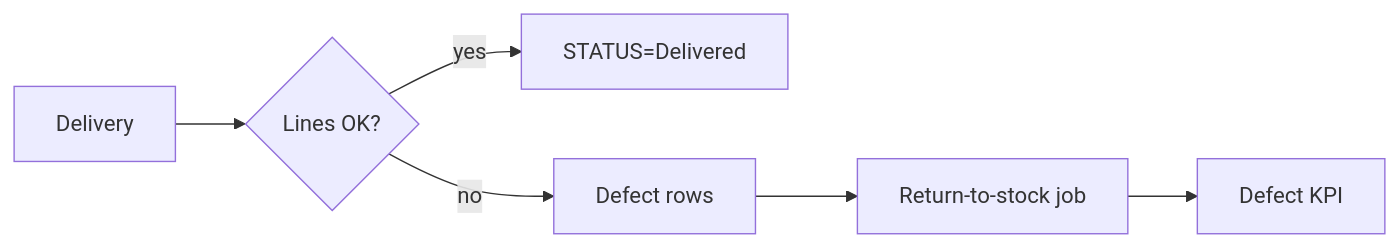
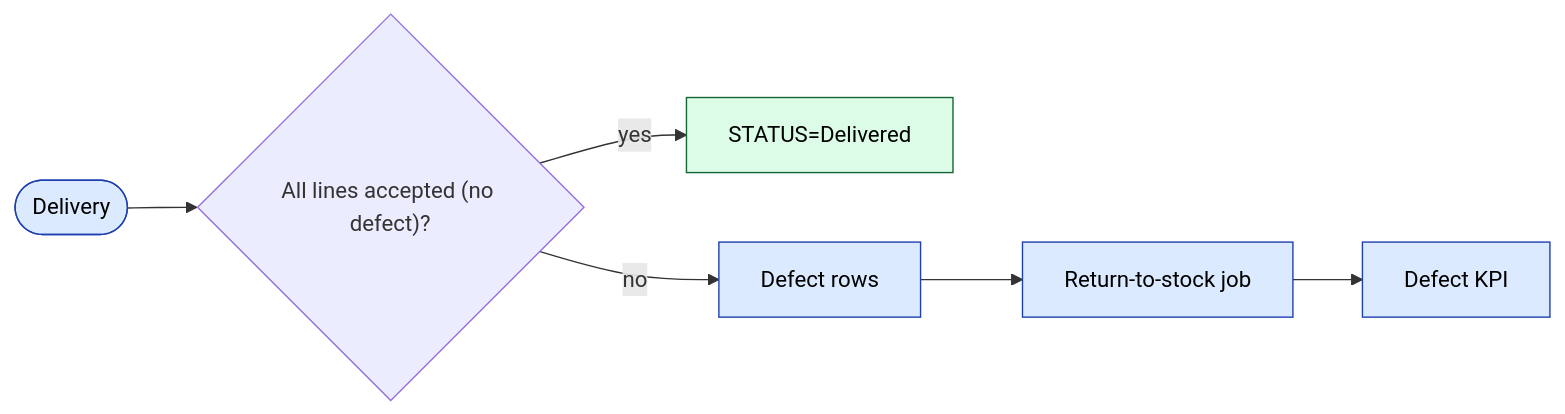
The diagram in docs/modules/stock.md (jamshidtulaganov/sd-doc), drawn with Mermaid before and after one commit. The commit also changed other lines of this file and 21 other files, not shown here.

````diff
--- a/docs/modules/stock.md
+++ b/docs/modules/stock.md
@@ -33,8 +58,16 @@
 ```mermaid
 flowchart LR
-  D[Delivery] --> CHK{Lines OK?}
-  CHK -->|yes| OK[STATUS=Delivered]
-  CHK -->|no| DEF[Defect rows]
-  DEF --> RTS[Return-to-stock job]
-  RTS --> RPT[Defect KPI]
+  D(["Delivery"]) --> CHK{"All lines accepted (no defect)?"}
+  CHK -->|yes| OK["STATUS=Delivered"]
+  CHK -->|no| DEF["Defect rows"]
+  DEF --> RTS["Return-to-stock job"]
+  RTS --> RPT["Defect KPI"]
+classDef action   fill:#dbeafe,stroke:#1e40af,color:#000
+classDef approval fill:#fef3c7,stroke:#92400e,color:#000
+classDef success  fill:#dcfce7,stroke:#166534,color:#000
+classDef reject   fill:#fee2e2,stroke:#991b1b,color:#000
+classDef external fill:#f3f4f6,stroke:#374151,color:#000
+classDef cron     fill:#ede9fe,stroke:#6d28d9,color:#000
+class D,DEF,RTS,RPT action
+class OK success
 ```
````
